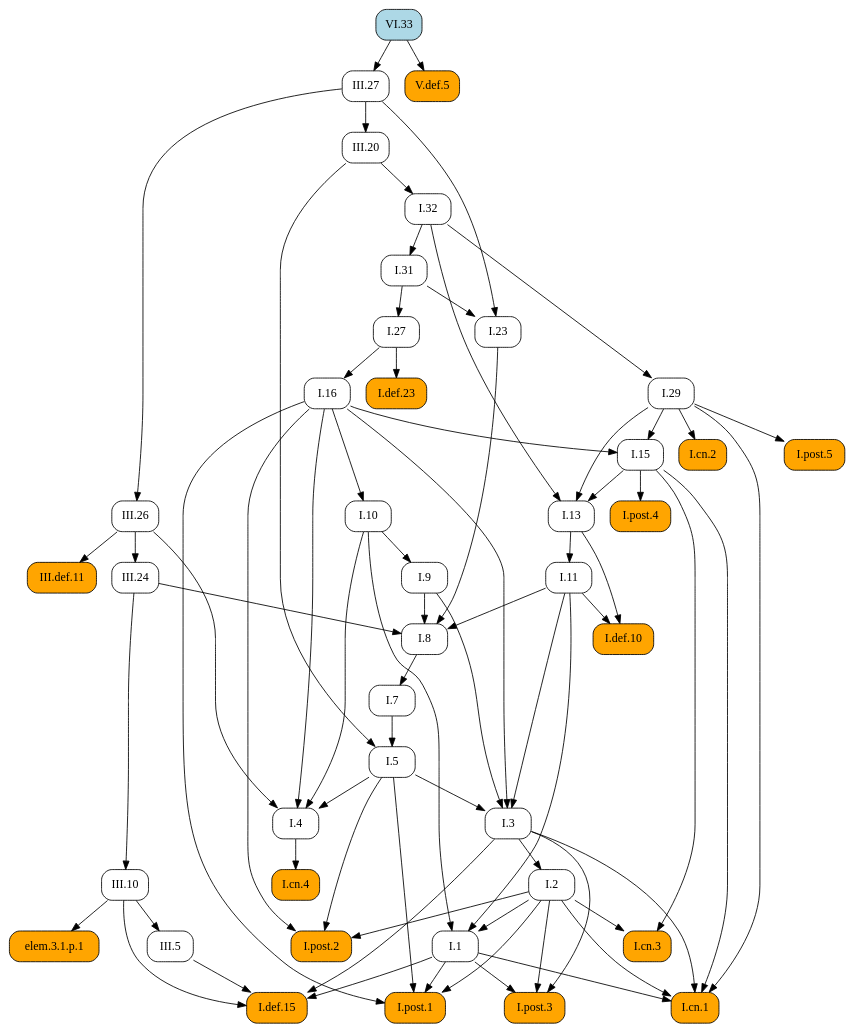
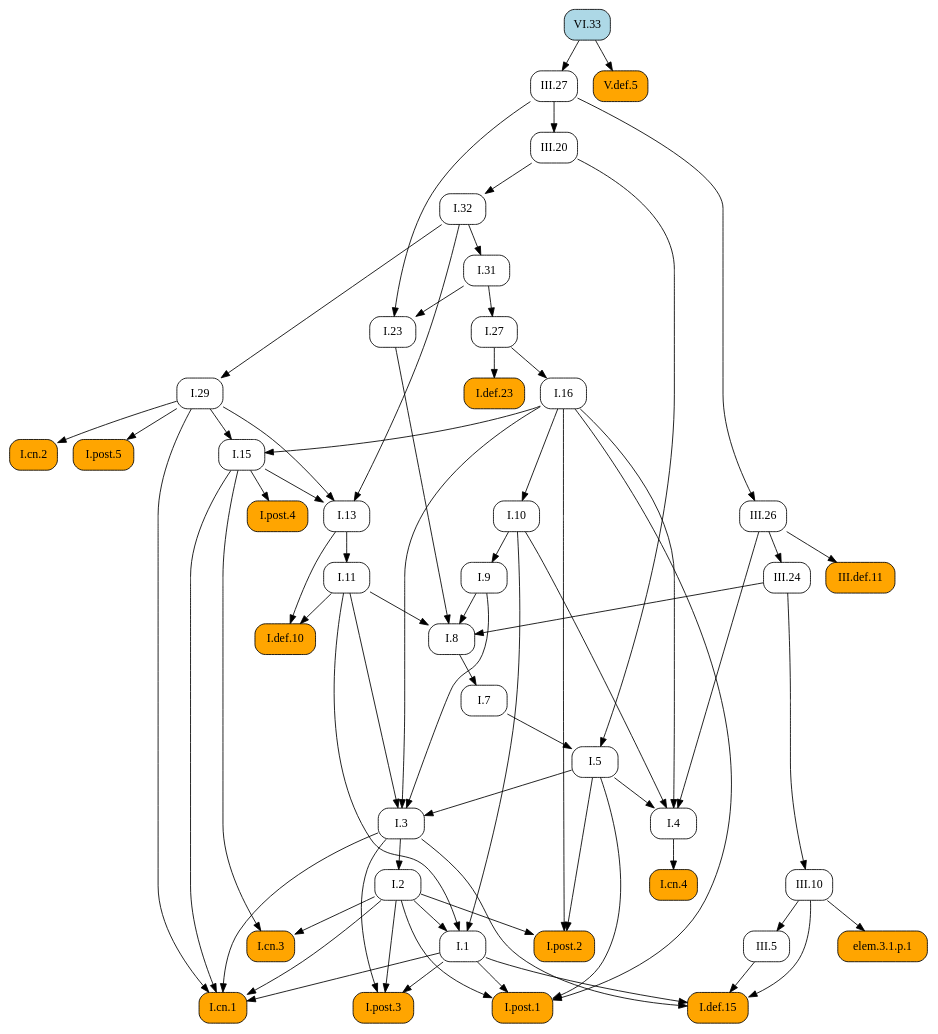
One commit to geometor/elements changed the diagram in docsrc/elements2/VI/33/index.rst. Above: the diagram before and after it, drawn with Graphviz. The commit also changed other lines of this file and 409 other files, not shown here.

First line of the commit message:
feat: Add image cropping and graphic extraction script

```diff
--- a/docsrc/elements2/VI/33/index.rst
+++ b/docsrc/elements2/VI/33/index.rst
@@ -48,115 +48,115 @@
    digraph {
      rankdir="TB";
      node [shape=box, style=rounded];
+     "I.31" [URL="/elements2/I/31/", target="_top"];
      "I.8" [URL="/elements2/I/8/", target="_top"];
+     "I.5" [URL="/elements2/I/5/", target="_top"];
+     "I.15" [URL="/elements2/I/15/", target="_top"];
+     "VI.33" [style="rounded,filled", fillcolor=lightblue, URL="/elements2/VI/33/", target="_top"];
+     "I.cn.1" [style="rounded,filled", fillcolor=orange, URL="/elements2/I/cn.1/", target="_top"];
      "I.32" [URL="/elements2/I/32/", target="_top"];
+     "I.7" [URL="/elements2/I/7/", target="_top"];
      "V.def.5" [style="rounded,filled", fillcolor=orange, URL="/elements2/V/def.5/", target="_top"];
+     "I.23" [URL="/elements2/I/23/", target="_top"];
+     "elem.3.1.p.1" [style="rounded,filled", fillcolor=orange];
+     "III.26" [URL="/elements2/III/26/", target="_top"];
+     "I.16" [URL="/elements2/I/16/", target="_top"];
+     "III.20" [URL="/elements2/III/20/", target="_top"];
      "III.27" [URL="/elements2/III/27/", target="_top"];
+     "I.def.15" [style="rounded,filled", fillcolor=orange, URL="/elements2/I/def.15/", target="_top"];
+     "I.def.10" [style="rounded,filled", fillcolor=orange, URL="/elements2/I/def.10/", target="_top"];
+     "I.11" [URL="/elements2/I/11/", target="_top"];
+     "I.post.4" [style="rounded,filled", fillcolor=orange, URL="/elements2/I/post.4/", target="_top"];
+     "III.5" [URL="/elements2/III/5/", target="_top"];
+     "I.def.23" [style="rounded,filled", fillcolor=orange, URL="/elements2/I/def.23/", target="_top"];
+     "I.post.5" [style="rounded,filled", fillcolor=orange, URL="/elements2/I/post.5/", target="_top"];
+     "I.3" [URL="/elements2/I/3/", target="_top"];
+     "I.10" [URL="/elements2/I/10/", target="_top"];
+     "I.cn.3" [style="rounded,filled", fillcolor=orange, URL="/elements2/I/cn.3/", target="_top"];
+     "III.24" [URL="/elements2/III/24/", target="_top"];
+     "I.13" [URL="/elements2/I/13/", target="_top"];
+     "I.4" [URL="/elements2/I/4/", target="_top"];
+     "I.post.3" [style="rounded,filled", fillcolor=orange, URL="/elements2/I/post.3/", target="_top"];
+     "I.9" [URL="/elements2/I/9/", target="_top"];
+     "I.29" [URL="/elements2/I/29/", target="_top"];
      "I.post.1" [style="rounded,filled", fillcolor=orange, URL="/elements2/I/post.1/", target="_top"];
-     "I.5" [URL="/elements2/I/5/", target="_top"];
-     "I.post.5" [style="rounded,filled", fillcolor=orange, URL="/elements2/I/post.5/", target="_top"];
-     "I.def.10" [style="rounded,filled", fillcolor=orange, URL="/elements2/I/def.10/", target="_top"];
+     "III.10" [URL="/elements2/III/10/", target="_top"];
+     "I.2" [URL="/elements2/I/2/", target="_top"];
+     "I.27" [URL="/elements2/I/27/", target="_top"];
+     "III.def.11" [style="rounded,filled", fillcolor=orange, URL="/elements2/III/def.11/", target="_top"];
+     "I.cn.4" [style="rounded,filled", fillcolor=orange, URL="/elements2/I/cn.4/", target="_top"];
      "I.cn.2" [style="rounded,filled", fillcolor=orange, URL="/elements2/I/cn.2/", target="_top"];
-     "I.def.15" [style="rounded,filled", fillcolor=orange, URL="/elements2/I/def.15/", target="_top"];
-     "I.31" [URL="/elements2/I/31/", target="_top"];
-     "I.11" [URL="/elements2/I/11/", target="_top"];
-     "III.def.11" [style="rounded,filled", fillcolor=orange, URL="/elements2/III/def.11/", target="_top"];
-     "III.24" [URL="/elements2/III/24/", target="_top"];
-     "I.3" [URL="/elements2/I/3/", target="_top"];
+     "I.1" [URL="/elements2/I/1/", target="_top"];
      "I.post.2" [style="rounded,filled", fillcolor=orange, URL="/elements2/I/post.2/", target="_top"];
-     "III.10" [URL="/elements2/III/10/", target="_top"];
-     "I.def.23" [style="rounded,filled", fillcolor=orange, URL="/elements2/I/def.23/", target="_top"];
-     "I.1" [URL="/elements2/I/1/", target="_top"];
-     "I.cn.4" [style="rounded,filled", fillcolor=orange, URL="/elements2/I/cn.4/", target="_top"];
-     "I.cn.3" [style="rounded,filled", fillcolor=orange, URL="/elements2/I/cn.3/", target="_top"];
-     "III.5" [URL="/elements2/III/5/", target="_top"];
-     "III.20" [URL="/elements2/III/20/", target="_top"];
-     "I.7" [URL="/elements2/I/7/", target="_top"];
-     "III.26" [URL="/elements2/III/26/", target="_top"];
-     "I.9" [URL="/elements2/I/9/", target="_top"];
-     "elem.3.1.p.1" [style="rounded,filled", fillcolor=orange];
-     "I.cn.1" [style="rounded,filled", fillcolor=orange, URL="/elements2/I/cn.1/", target="_top"];
-     "I.29" [URL="/elements2/I/29/", target="_top"];
-     "I.post.4" [style="rounded,filled", fillcolor=orange, URL="/elements2/I/post.4/", target="_top"];
-     "I.16" [URL="/elements2/I/16/", target="_top"];
-     "I.13" [URL="/elements2/I/13/", target="_top"];
-     "I.2" [URL="/elements2/I/2/", target="_top"];
-     "VI.33" [style="rounded,filled", fillcolor=lightblue, URL="/elements2/VI/33/", target="_top"];
-     "I.27" [URL="/elements2/I/27/", target="_top"];
-     "I.4" [URL="/elements2/I/4/", target="_top"];
-     "I.10" [URL="/elements2/I/10/", target="_top"];
-     "I.15" [URL="/elements2/I/15/", target="_top"];
-     "I.23" [URL="/elements2/I/23/", target="_top"];
-     "I.post.3" [style="rounded,filled", fillcolor=orange, URL="/elements2/I/post.3/", target="_top"];
+     "I.32" -> "I.31";
      "I.9" -> "I.8";
      "I.11" -> "I.8";
      "I.23" -> "I.8";
      "III.24" -> "I.8";
-     "III.20" -> "I.32";
-     "VI.33" -> "V.def.5";
-     "VI.33" -> "III.27";
-     "I.1" -> "I.post.1";
-     "I.2" -> "I.post.1";
-     "I.5" -> "I.post.1";
-     "I.16" -> "I.post.1";
      "I.7" -> "I.5";
      "III.20" -> "I.5";
-     "I.29" -> "I.post.5";
-     "I.11" -> "I.def.10";
-     "I.13" -> "I.def.10";
-     "I.29" -> "I.cn.2";
-     "I.1" -> "I.def.15";
-     "I.3" -> "I.def.15";
-     "III.5" -> "I.def.15";
-     "III.10" -> "I.def.15";
-     "I.32" -> "I.31";
-     "I.13" -> "I.11";
-     "III.26" -> "III.def.11";
-     "III.26" -> "III.24";
-     "I.5" -> "I.3";
-     "I.9" -> "I.3";
-     "I.11" -> "I.3";
-     "I.16" -> "I.3";
-     "I.2" -> "I.post.2";
-     "I.5" -> "I.post.2";
-     "I.16" -> "I.post.2";
-     "III.24" -> "III.10";
-     "I.27" -> "I.def.23";
-     "I.2" -> "I.1";
-     "I.10" -> "I.1";
-     "I.11" -> "I.1";
-     "I.4" -> "I.cn.4";
-     "I.2" -> "I.cn.3";
-     "I.15" -> "I.cn.3";
-     "III.10" -> "III.5";
-     "III.27" -> "III.20";
-     "I.8" -> "I.7";
-     "III.27" -> "III.26";
-     "I.10" -> "I.9";
-     "III.10" -> "elem.3.1.p.1";
+     "I.16" -> "I.15";
+     "I.29" -> "I.15";
      "I.1" -> "I.cn.1";
      "I.2" -> "I.cn.1";
      "I.3" -> "I.cn.1";
      "I.15" -> "I.cn.1";
      "I.29" -> "I.cn.1";
-     "I.32" -> "I.29";
+     "III.20" -> "I.32";
+     "I.8" -> "I.7";
+     "VI.33" -> "V.def.5";
+     "I.31" -> "I.23";
+     "III.27" -> "I.23";
+     "III.10" -> "elem.3.1.p.1";
+     "III.27" -> "III.26";
+     "I.27" -> "I.16";
+     "III.27" -> "III.20";
+     "VI.33" -> "III.27";
+     "I.1" -> "I.def.15";
+     "I.3" -> "I.def.15";
+     "III.5" -> "I.def.15";
+     "III.10" -> "I.def.15";
+     "I.11" -> "I.def.10";
+     "I.13" -> "I.def.10";
+     "I.13" -> "I.11";
      "I.15" -> "I.post.4";
-     "I.27" -> "I.16";
+     "III.10" -> "III.5";
+     "I.27" -> "I.def.23";
+     "I.29" -> "I.post.5";
+     "I.5" -> "I.3";
+     "I.9" -> "I.3";
+     "I.11" -> "I.3";
+     "I.16" -> "I.3";
+     "I.16" -> "I.10";
+     "I.2" -> "I.cn.3";
+     "I.15" -> "I.cn.3";
+     "III.26" -> "III.24";
      "I.15" -> "I.13";
      "I.29" -> "I.13";
      "I.32" -> "I.13";
-     "I.3" -> "I.2";
-     "I.31" -> "I.27";
      "I.5" -> "I.4";
      "I.10" -> "I.4";
      "I.16" -> "I.4";
      "III.26" -> "I.4";
-     "I.16" -> "I.10";
-     "I.16" -> "I.15";
-     "I.29" -> "I.15";
-     "I.31" -> "I.23";
-     "III.27" -> "I.23";
      "I.1" -> "I.post.3";
      "I.2" -> "I.post.3";
      "I.3" -> "I.post.3";
+     "I.10" -> "I.9";
+     "I.32" -> "I.29";
+     "I.1" -> "I.post.1";
+     "I.2" -> "I.post.1";
+     "I.5" -> "I.post.1";
+     "I.16" -> "I.post.1";
+     "III.24" -> "III.10";
+     "I.3" -> "I.2";
+     "I.31" -> "I.27";
+     "III.26" -> "III.def.11";
+     "I.4" -> "I.cn.4";
+     "I.29" -> "I.cn.2";
+     "I.2" -> "I.1";
+     "I.10" -> "I.1";
+     "I.11" -> "I.1";
+     "I.2" -> "I.post.2";
+     "I.5" -> "I.post.2";
+     "I.16" -> "I.post.2";
    }
```
